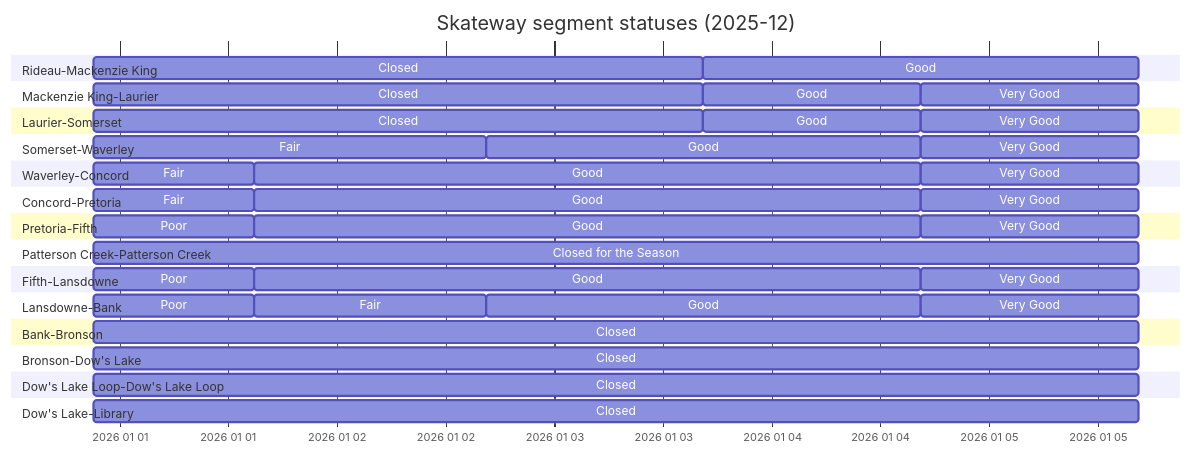
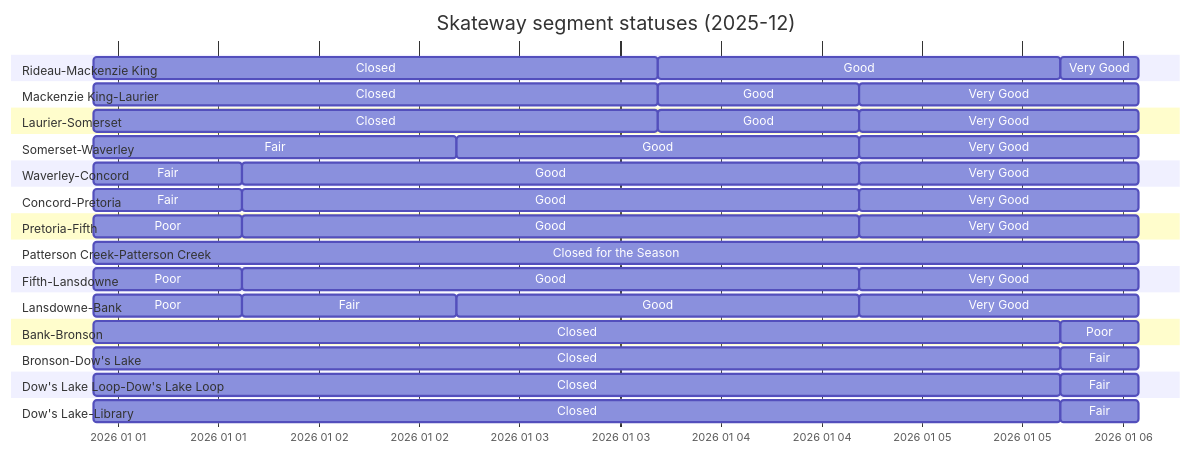
One commit to PatLittle/skateway_data changed the diagram in gantt.md. Above: the diagram before and after it, drawn with Mermaid. The commit also changed 3 other files, not shown here.

````diff
--- a/gantt.md
+++ b/gantt.md
@@ -2,62 +2,67 @@
 ```mermaid
 ---
 topAxis: true
 displayMode: compact
 config:
   themeCSS: " #vg { fill: Green } #g {fill: yellow} #f {fill: orange} #p {fill: red}      \n
 #c {fill: Black} #cs {fill: Black} #sc {fill: White} #wo {fill: saddlebrown} \n
             text[id^=cs] { fill: red; } text[id^=sc] { fill: red; }
         "
 ---
 
 gantt
   title Skateway segment statuses (2025-12)
   dateFormat  YYYY-MM-DD HH:mm:ss
   axisFormat  %Y %m %d
   section Rideau-Mackenzie King
   Closed: c, 2025-12-31 21:07:33, 2026-01-03 16:27:35
   Good: g, 2026-01-03 16:27:35, 2026-01-05 16:29:55
+  Very Good: vg, 2026-01-05 16:29:55, 2026-01-06 01:51:44
   section Mackenzie King-Laurier
   Closed: c, 2025-12-31 21:07:33, 2026-01-03 16:27:35
   Good: g, 2026-01-03 16:27:35, 2026-01-04 16:26:52
-  Very Good: vg, 2026-01-04 16:26:52, 2026-01-05 16:29:55
+  Very Good: vg, 2026-01-04 16:26:52, 2026-01-06 01:51:44
   section Laurier-Somerset
   Closed: c, 2025-12-31 21:07:33, 2026-01-03 16:27:35
   Good: g, 2026-01-03 16:27:35, 2026-01-04 16:26:52
-  Very Good: vg, 2026-01-04 16:26:52, 2026-01-05 16:29:55
+  Very Good: vg, 2026-01-04 16:26:52, 2026-01-06 01:51:44
   section Somerset-Waverley
   Fair: f, 2025-12-31 21:07:33, 2026-01-02 16:28:08
   Good: g, 2026-01-02 16:28:08, 2026-01-04 16:26:52
-  Very Good: vg, 2026-01-04 16:26:52, 2026-01-05 16:29:55
+  Very Good: vg, 2026-01-04 16:26:52, 2026-01-06 01:51:44
   section Waverley-Concord
   Fair: f, 2025-12-31 21:07:33, 2026-01-01 14:52:27
   Good: g, 2026-01-01 14:52:27, 2026-01-04 16:26:52
-  Very Good: vg, 2026-01-04 16:26:52, 2026-01-05 16:29:55
+  Very Good: vg, 2026-01-04 16:26:52, 2026-01-06 01:51:44
   section Concord-Pretoria
   Fair: f, 2025-12-31 21:07:33, 2026-01-01 14:52:27
   Good: g, 2026-01-01 14:52:27, 2026-01-04 16:26:52
-  Very Good: vg, 2026-01-04 16:26:52, 2026-01-05 16:29:55
+  Very Good: vg, 2026-01-04 16:26:52, 2026-01-06 01:51:44
   section Pretoria-Fifth
   Poor: p, 2025-12-31 21:07:33, 2026-01-01 14:52:27
   Good: g, 2026-01-01 14:52:27, 2026-01-04 16:26:52
-  Very Good: vg, 2026-01-04 16:26:52, 2026-01-05 16:29:55
+  Very Good: vg, 2026-01-04 16:26:52, 2026-01-06 01:51:44
   section Patterson Creek-Patterson Creek
-  Closed for the Season: cs, 2025-12-31 21:07:33, 2026-01-05 16:29:55
+  Closed for the Season: cs, 2025-12-31 21:07:33, 2026-01-06 01:51:44
   section Fifth-Lansdowne
   Poor: p, 2025-12-31 21:07:33, 2026-01-01 14:52:27
   Good: g, 2026-01-01 14:52:27, 2026-01-04 16:26:52
-  Very Good: vg, 2026-01-04 16:26:52, 2026-01-05 16:29:55
+  Very Good: vg, 2026-01-04 16:26:52, 2026-01-06 01:51:44
   section Lansdowne-Bank
   Poor: p, 2025-12-31 21:07:33, 2026-01-01 14:52:27
   Fair: f, 2026-01-01 14:52:27, 2026-01-02 16:28:08
   Good: g, 2026-01-02 16:28:08, 2026-01-04 16:26:52
-  Very Good: vg, 2026-01-04 16:26:52, 2026-01-05 16:29:55
+  Very Good: vg, 2026-01-04 16:26:52, 2026-01-06 01:51:44
   section Bank-Bronson
   Closed: c, 2025-12-31 21:07:33, 2026-01-05 16:29:55
+  Poor: p, 2026-01-05 16:29:55, 2026-01-06 01:51:44
   section Bronson-Dow's Lake
   Closed: c, 2025-12-31 21:07:33, 2026-01-05 16:29:55
+  Fair: f, 2026-01-05 16:29:55, 2026-01-06 01:51:44
   section Dow's Lake Loop-Dow's Lake Loop
   Closed: c, 2025-12-31 21:07:33, 2026-01-05 16:29:55
+  Fair: f, 2026-01-05 16:29:55, 2026-01-06 01:51:44
   section Dow's Lake-Library
   Closed: c, 2025-12-31 21:07:33, 2026-01-05 16:29:55
+  Fair: f, 2026-01-05 16:29:55, 2026-01-06 01:51:44
 ```
````
